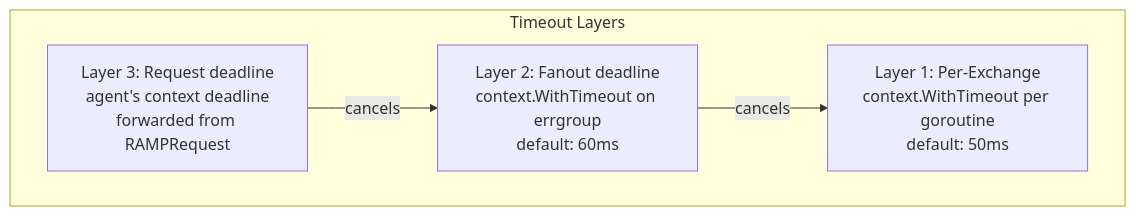
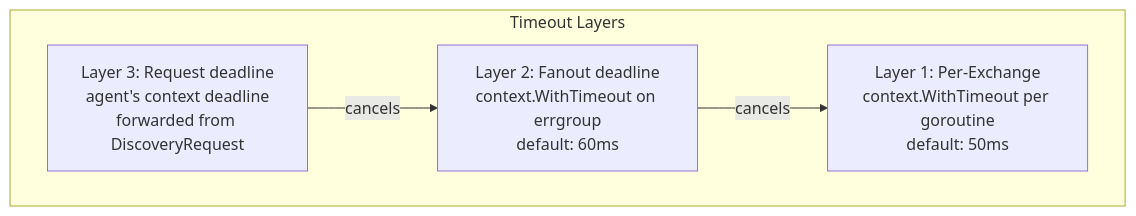
The first of 4 diagrams in website/src/content/docs/components/broker/selection-engine.mdx (RAMP-Protocol/protocol), drawn with Mermaid before and after one commit. The commit also changed other lines of this file and 102 other files, not shown here.

````diff
--- a/website/src/content/docs/components/broker/selection-engine.mdx
+++ b/website/src/content/docs/components/broker/selection-engine.mdx
@@ -84,11 +84,11 @@
 ```mermaid
 graph TD
     subgraph "Timeout Layers"
         T1["Layer 1: Per-Exchange<br/>context.WithTimeout per goroutine<br/>default: 50ms"]
         T2["Layer 2: Fanout deadline<br/>context.WithTimeout on errgroup<br/>default: 60ms"]
-        T3["Layer 3: Request deadline<br/>agent's context deadline<br/>forwarded from RAMPRequest"]
+        T3["Layer 3: Request deadline<br/>agent's context deadline<br/>forwarded from DiscoveryRequest"]
     end
 
     T3 -->|cancels| T2
     T2 -->|cancels| T1
 ```
````
